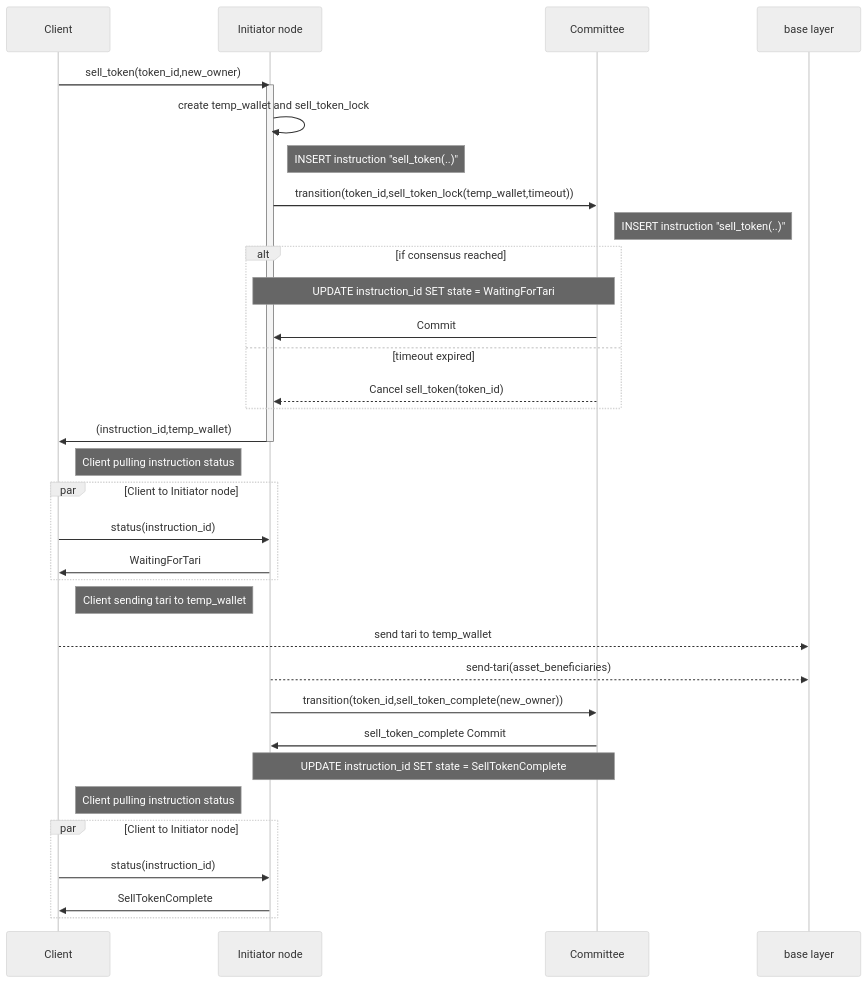
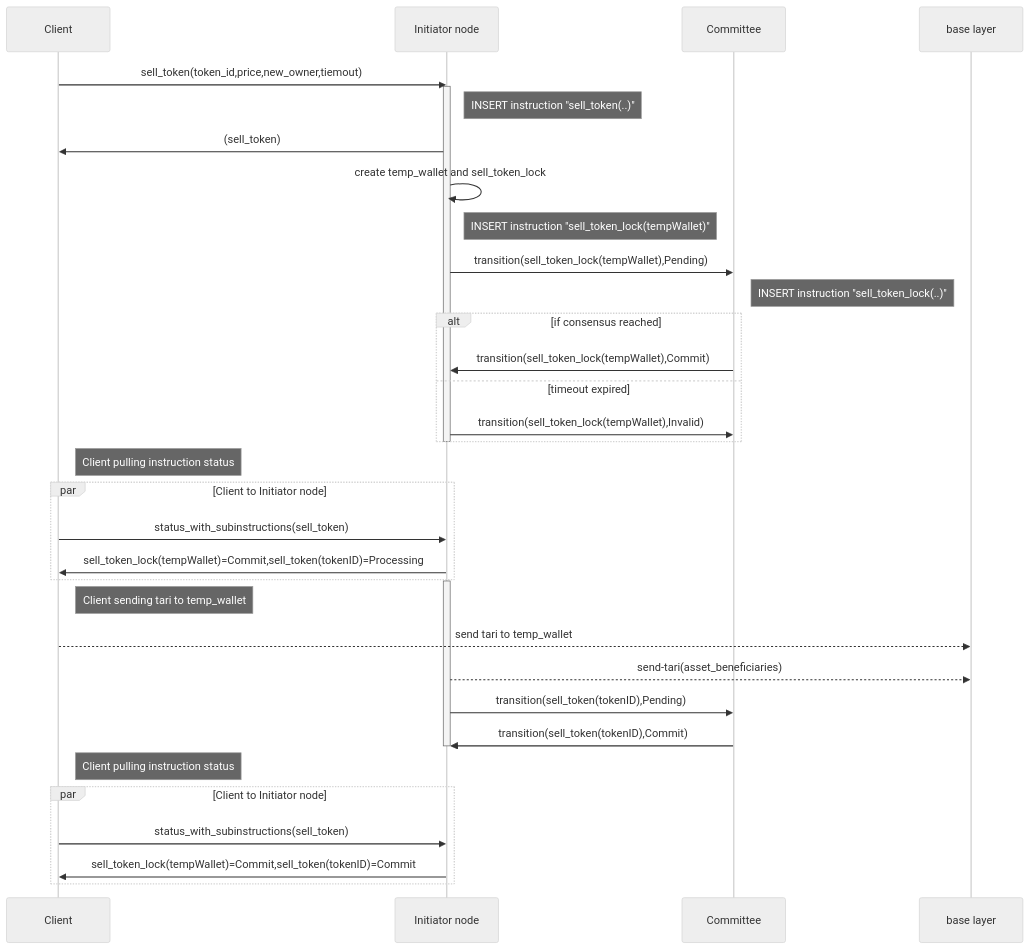
Before and after one commit to tari-project/validator-node: the diagram in docs/single-use-tokens/sell-token-sequence-mvp.mmd, drawn with Mermaid (neutral theme). The commit also changed 10 other files, not shown here.

```diff
--- a/docs/single-use-tokens/sell-token-sequence-mvp.mmd
+++ b/docs/single-use-tokens/sell-token-sequence-mvp.mmd
@@ -1,38 +1,36 @@
 sequenceDiagram
-    Client ->> Initiator node: sell_token(token_id,new_owner)
+    Client ->> Initiator node: sell_token(token_id,price,new_owner,tiemout)
 
     activate Initiator node
+    Note right of Initiator node: INSERT instruction "sell_token(..)"
+    Initiator node ->> Client: (sell_token)
     Initiator node ->> Initiator node: create temp_wallet and sell_token_lock
-    Note right of Initiator node: INSERT instruction "sell_token(..)"
-    Initiator node ->> Committee: transition(token_id,sell_token_lock(temp_wallet,timeout))
-    Note right of Committee: INSERT instruction "sell_token(..)"
+    Note right of Initiator node: INSERT instruction "sell_token_lock(tempWallet)"
+    Initiator node ->> Committee: transition(sell_token_lock(tempWallet),Pending)
+    Note right of Committee: INSERT instruction "sell_token_lock(..)"
     alt if consensus reached
-    Note over Initiator node,Committee: UPDATE instruction_id SET state = WaitingForTari
-    Committee ->> Initiator node: Commit
+    Committee ->> Initiator node:  transition(sell_token_lock(tempWallet),Commit)
     else timeout expired
-    Committee -->> Initiator node : Cancel sell_token(token_id)
+    Initiator node ->> Committee: transition(sell_token_lock(tempWallet),Invalid)
     end
-
-
-    Initiator node ->> Client: (instruction_id,temp_wallet)
     deactivate Initiator node
 
     Note right of Client: Client pulling instruction status
     par Client to Initiator node
-    Client ->> Initiator node: status(instruction_id)
-    Initiator node ->> Client: WaitingForTari
+    Client ->> Initiator node: status_with_subinstructions(sell_token)
+    Initiator node ->> Client: sell_token_lock(tempWallet)=Commit,sell_token(tokenID)=Processing
     end
 
+    activate Initiator node
     Note right of Client: Client sending tari to temp_wallet
     Client -->> base layer: send tari to temp_wallet
     Initiator node -->> base layer: send-tari(asset_beneficiaries)
-    Initiator node ->> Committee: transition(token_id,sell_token_complete(new_owner))
-    Committee ->> Initiator node: sell_token_complete Commit
-
-    Note over Initiator node,Committee: UPDATE instruction_id SET state = SellTokenComplete
+    Initiator node ->> Committee: transition(sell_token(tokenID),Pending)
+    Committee ->> Initiator node: transition(sell_token(tokenID),Commit)
+    deactivate Initiator node
 
     Note right of Client: Client pulling instruction status
     par Client to Initiator node
-    Client ->> Initiator node: status(instruction_id)
-    Initiator node ->> Client: SellTokenComplete
+    Client ->> Initiator node: status_with_subinstructions(sell_token)
+    Initiator node ->> Client: sell_token_lock(tempWallet)=Commit,sell_token(tokenID)=Commit
     end
```
